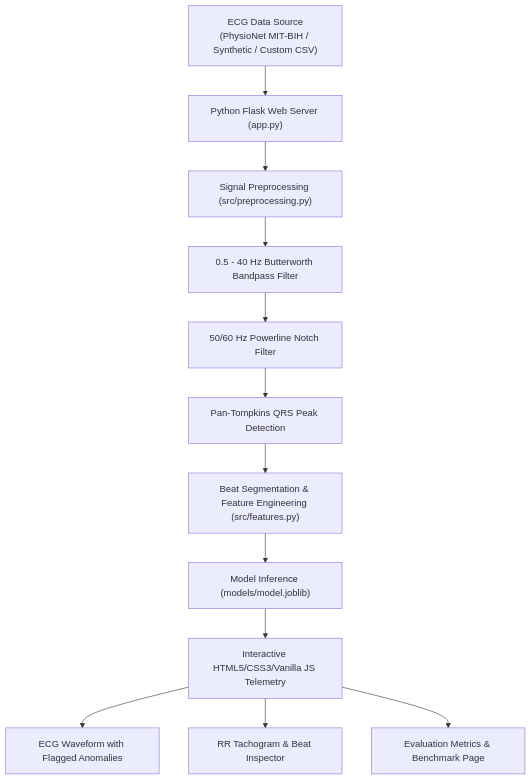
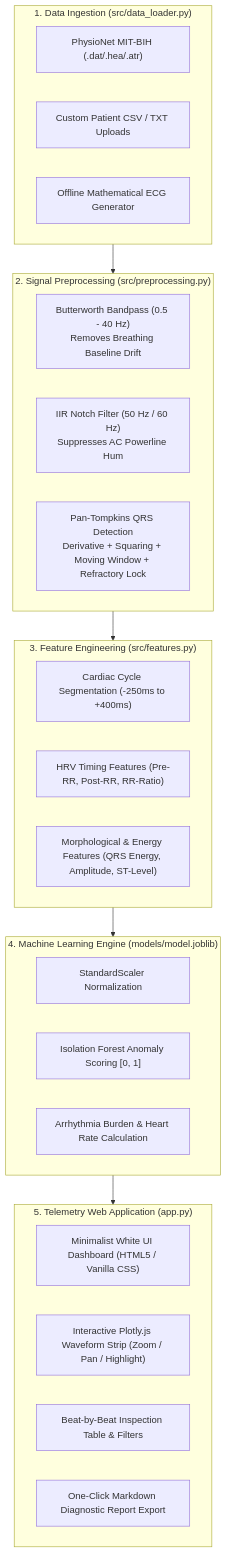
Before and after one commit to prajna0605/aids: the first of 2 diagrams in README.md, drawn with Mermaid. The commit also changed other lines of this file, not shown here.

Commit message:
Docs: Comprehensive end-to-end README covering purpose, clinical need, architecture, and future roadmap

````diff
--- a/README.md
+++ b/README.md
@@ -37,15 +58,35 @@
 ```mermaid
-graph TD
-    A["ECG Data Source<br/>(PhysioNet MIT-BIH / Synthetic / Custom CSV)"] --> B["Python Flask Web Server (app.py)"]
-    B --> C["Signal Preprocessing (src/preprocessing.py)"]
-    C --> C1["0.5 - 40 Hz Butterworth Bandpass Filter"]
-    C1 --> C2["50/60 Hz Powerline Notch Filter"]
-    C2 --> C3["Pan-Tompkins QRS Peak Detection"]
-    
-    C3 --> D["Beat Segmentation & Feature Engineering (src/features.py)"]
-    D --> E["Model Inference (models/model.joblib)"]
-    E --> F["Interactive HTML5/CSS3/Vanilla JS Telemetry"]
-    F --> F1["ECG Waveform with Flagged Anomalies"]
-    F --> F2["RR Tachogram & Beat Inspector"]
-    F --> F3["Evaluation Metrics & Benchmark Page"]
+flowchart TD
+    subgraph S1["1. Data Ingestion (src/data_loader.py)"]
+        A1["PhysioNet MIT-BIH (.dat/.hea/.atr)"]
+        A2["Custom Patient CSV / TXT Uploads"]
+        A3["Offline Mathematical ECG Generator"]
+    end
+
+    subgraph S2["2. Signal Preprocessing (src/preprocessing.py)"]
+        B1["Butterworth Bandpass (0.5 - 40 Hz)<br/>Removes Breathing Baseline Drift"]
+        B2["IIR Notch Filter (50 Hz / 60 Hz)<br/>Suppresses AC Powerline Hum"]
+        B3["Pan-Tompkins QRS Detection<br/>Derivative + Squaring + Moving Window + Refractory Lock"]
+    end
+
+    subgraph S3["3. Feature Engineering (src/features.py)"]
+        C1["Cardiac Cycle Segmentation (-250ms to +400ms)"]
+        C2["HRV Timing Features (Pre-RR, Post-RR, RR-Ratio)"]
+        C3["Morphological & Energy Features (QRS Energy, Amplitude, ST-Level)"]
+    end
+
+    subgraph S4["4. Machine Learning Engine (models/model.joblib)"]
+        D1["StandardScaler Normalization"]
+        D2["Isolation Forest Anomaly Scoring [0, 1]"]
+        D3["Arrhythmia Burden & Heart Rate Calculation"]
+    end
+
+    subgraph S5["5. Telemetry Web Application (app.py)"]
+        E1["Minimalist White UI Dashboard (HTML5 / Vanilla CSS)"]
+        E2["Interactive Plotly.js Waveform Strip (Zoom / Pan / Highlight)"]
+        E3["Beat-by-Beat Inspection Table & Filters"]
+        E4["One-Click Markdown Diagnostic Report Export"]
+    end
+
+    S1 --> S2 --> S3 --> S4 --> S5
 ```
````
